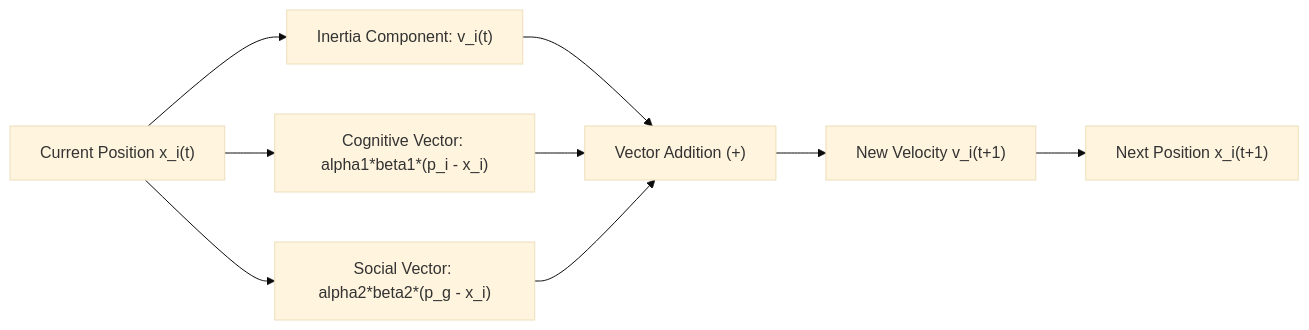
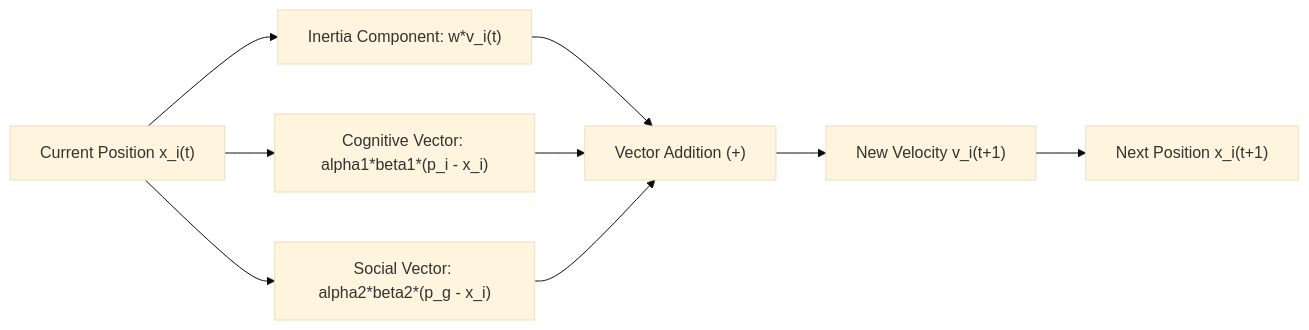
The second of 3 diagrams in src/lab4.md (robotictang/CSC3034), drawn with Mermaid (base theme) before and after one commit. The commit also changed other lines of this file and 109 other files, not shown here.

````diff
--- a/src/lab4.md
+++ b/src/lab4.md
@@ -58,11 +58,11 @@
 ```mermaid
 graph LR
-    X["Current Position x_i(t)"] --> Inertia["Inertia Component: v_i(t)"]
+    X["Current Position x_i(t)"] --> Inertia["Inertia Component: w*v_i(t)"]
     X --> Cog["Cognitive Vector: alpha1*beta1*(p_i - x_i)"]
     X --> Soc["Social Vector: alpha2*beta2*(p_g - x_i)"]
     Inertia --> Sum["Vector Addition (+)"]
     Cog --> Sum
     Soc --> Sum
     Sum --> NewV["New Velocity v_i(t+1)"]
     NewV --> NewX["Next Position x_i(t+1)"]
 ```
````
